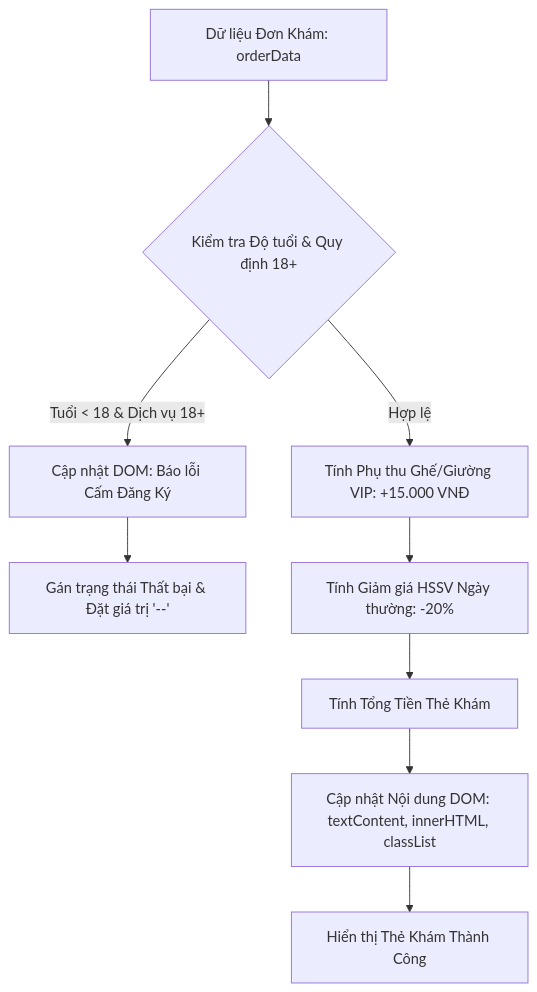
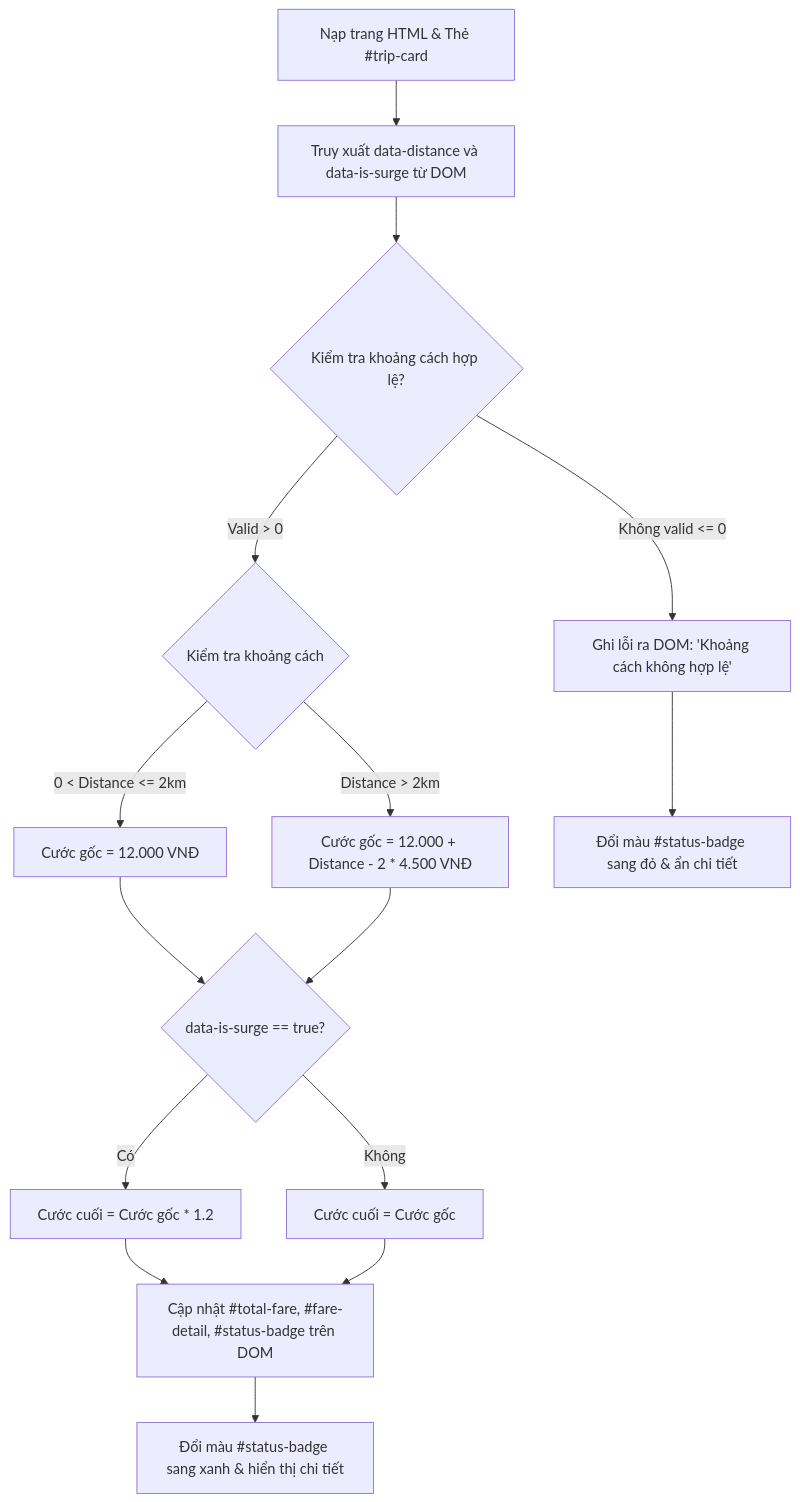
One commit to ngoquy12/learning_material changed the diagram in output/pms/Phát_triển_ứng_dụng_web/Session 17 - Tương tác DOM API (Document Object Model)- Truy xuất và Thay đổi Nội dung/Bài tập/bai_tap_4.md. Above: the diagram before and after it, drawn with Mermaid. The commit also changed other lines of this file and 152 other files, not shown here.

Commit message:
feat(domain): implement Session Domain Anchor Architecture for 100% unified domain consistency across all session resources

````diff
--- a/output/pms/Phát_triển_ứng_dụng_web/Session 17 - Tương tác DOM API (Document Object Model)- Truy xuất và Thay đổi Nội dung/Bài tập/bai_tap_4.md
+++ b/output/pms/Phát_triển_ứng_dụng_web/Session 17 - Tương tác DOM API (Document Object Model)- Truy xuất và Thay đổi Nội dung/Bài tập/bai_tap_4.md
@@ -16,11 +20,17 @@
 ```mermaid
 graph TD
-    A[Dữ liệu Đơn Khám: orderData] --> B{Kiểm tra Độ tuổi & Quy định 18+}
-    B -- Tuổi < 18 & Dịch vụ 18+ --> C[Cập nhật DOM: Báo lỗi Cấm Đăng Ký]
-    C --> D[Gán trạng thái Thất bại & Đặt giá trị '--']
-    B -- Hợp lệ --> E[Tính Phụ thu Ghế/Giường VIP: +15.000 VNĐ]
-    E --> F[Tính Giảm giá HSSV Ngày thường: -20%]
-    F --> G[Tính Tổng Tiền Thẻ Khám]
-    G --> H[Cập nhật Nội dung DOM: textContent, innerHTML, classList]
-    H --> I[Hiển thị Thẻ Khám Thành Công]
+    A[Nạp trang HTML & Thẻ #trip-card] --> B[Truy xuất data-distance và data-is-surge từ DOM]
+    B --> C{Kiểm tra khoảng cách hợp lệ?}
+    C -- Không valid <= 0 --> D[Ghi lỗi ra DOM: 'Khoảng cách không hợp lệ']
+    C -- Valid > 0 --> E{Kiểm tra khoảng cách}
+    E -- 0 < Distance <= 2km --> F[Cước gốc = 12.000 VNĐ]
+    E -- Distance > 2km --> G[Cước gốc = 12.000 + Distance - 2 * 4.500 VNĐ]
+    F --> H{data-is-surge == true?}
+    G --> H
+    H -- Có --> I[Cước cuối = Cước gốc * 1.2]
+    H -- Không --> J[Cước cuối = Cước gốc]
+    I --> K[Cập nhật #total-fare, #fare-detail, #status-badge trên DOM]
+    J --> K
+    D --> L[Đổi màu #status-badge sang đỏ & ẩn chi tiết]
+    K --> M[Đổi màu #status-badge sang xanh & hiển thị chi tiết]
 ```
````
